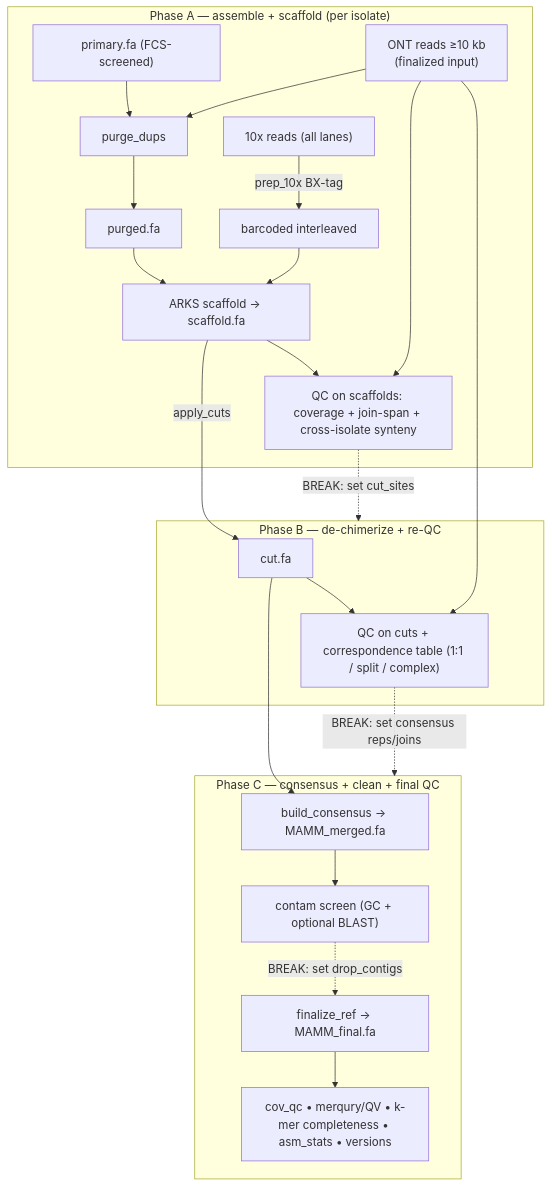
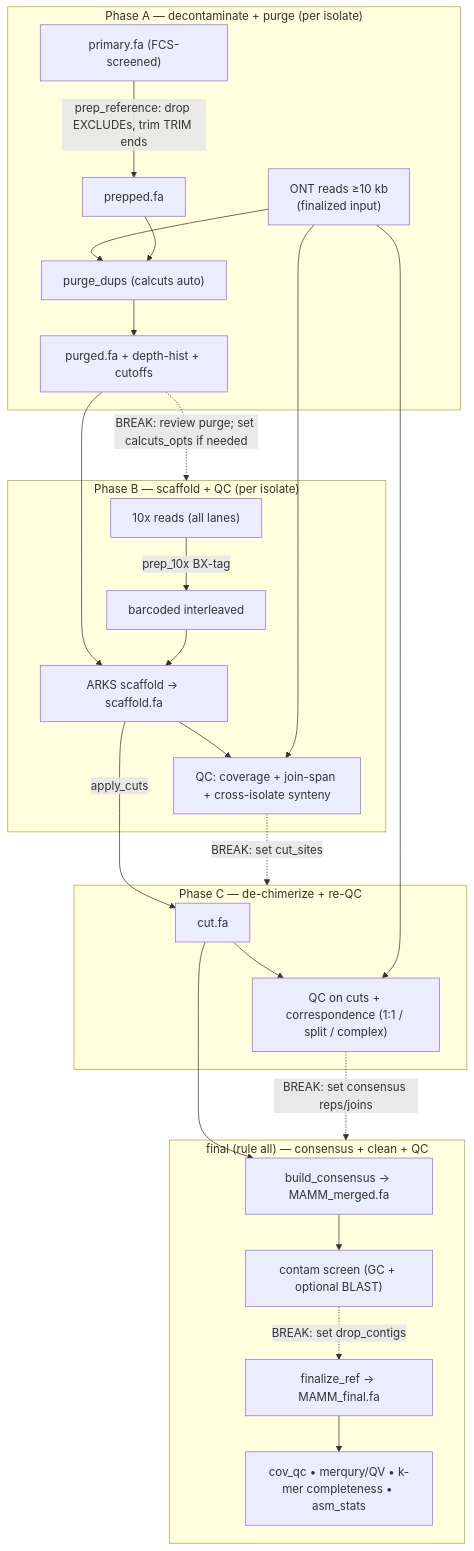
One commit to harvardinformatics/rotifer-consensus-assembly changed the diagram in README.md. Above: the diagram before and after it, drawn with Mermaid. The commit also changed other lines of this file and 3 other files, not shown here.

First line of the commit message:
feat(phases): add purge review gate — split phaseA into phaseA(purge)+phaseB(scaffold)

````diff
--- a/README.md
+++ b/README.md
@@ -16,23 +16,26 @@
 ```mermaid
 flowchart TD
-  subgraph A["Phase A — assemble + scaffold (per isolate)"]
-    ONT["ONT reads ≥10 kb<br/>(finalized input)"]
-    PRI["primary.fa (FCS-screened)"] --> PD["purge_dups"]
-    ONT --> PD --> PG["purged.fa"]
+  subgraph A["Phase A — decontaminate + purge (per isolate)"]
+    PRI["primary.fa (FCS-screened)"] -->|prep_reference: drop EXCLUDEs, trim TRIM ends| DEC["prepped.fa"]
+    ONT["ONT reads ≥10 kb<br/>(finalized input)"] --> PD["purge_dups (calcuts auto)"]
+    DEC --> PD --> PG["purged.fa + depth-hist + cutoffs"]
+  end
+  PG -.->|BREAK: review purge; set calcuts_opts if needed| B
+  subgraph B["Phase B — scaffold + QC (per isolate)"]
     TX["10x reads (all lanes)"] -->|prep_10x BX-tag| BX["barcoded interleaved"]
     PG & BX --> SC["ARKS scaffold → scaffold.fa"]
-    SC & ONT --> QA["QC on scaffolds: coverage + join-span + cross-isolate synteny"]
+    SC & ONT --> QB["QC: coverage + join-span + cross-isolate synteny"]
   end
-  QA -.->|BREAK: set cut_sites| B
-  subgraph B["Phase B — de-chimerize + re-QC"]
+  QB -.->|BREAK: set cut_sites| C
+  subgraph C["Phase C — de-chimerize + re-QC"]
     SC -->|apply_cuts| CUT["cut.fa"]
-    CUT & ONT --> QB["QC on cuts + correspondence table (1:1 / split / complex)"]
+    CUT & ONT --> QCc["QC on cuts + correspondence (1:1 / split / complex)"]
   end
-  QB -.->|BREAK: set consensus reps/joins| C
-  subgraph C["Phase C — consensus + clean + final QC"]
+  QCc -.->|BREAK: set consensus reps/joins| D
+  subgraph D["final (rule all) — consensus + clean + QC"]
     CUT --> MERGE["build_consensus → MAMM_merged.fa"]
     MERGE --> SCR["contam screen (GC + optional BLAST)"]
     SCR -.->|BREAK: set drop_contigs| FIN["finalize_ref → MAMM_final.fa"]
-    FIN --> QC["cov_qc • merqury/QV • k-mer completeness • asm_stats • versions"]
+    FIN --> QCf["cov_qc • merqury/QV • k-mer completeness • asm_stats"]
   end
 ```
````
